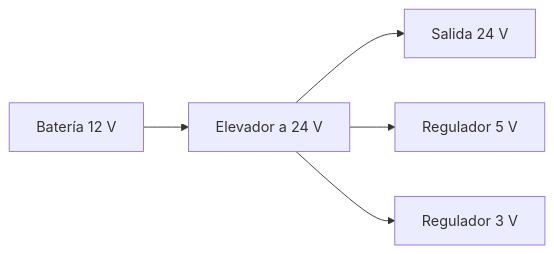
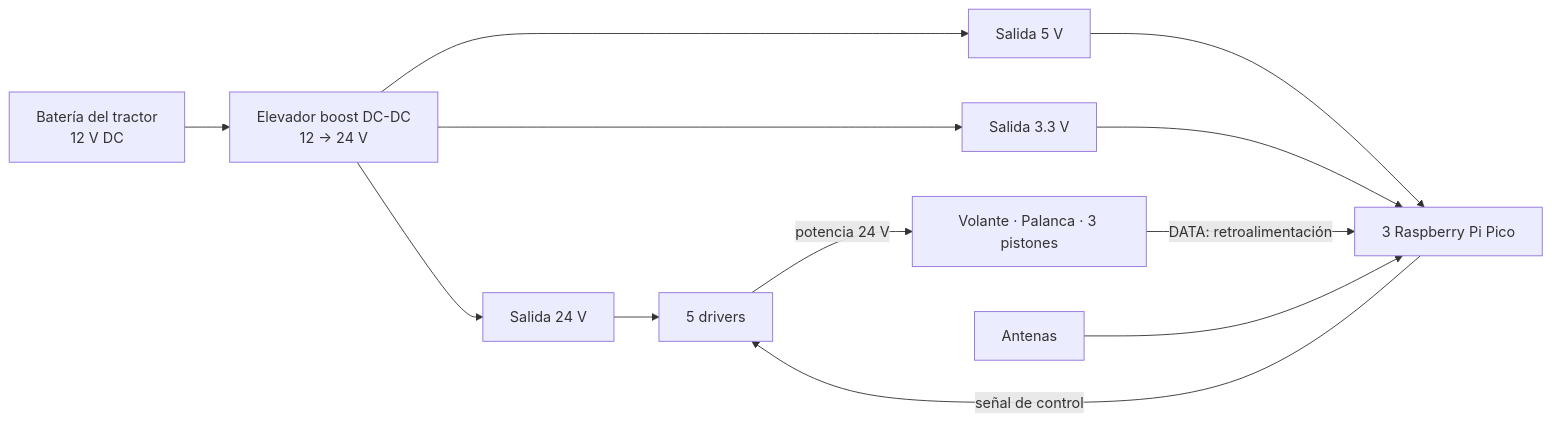
The diagram in docs/tablero.md (BrianSimpson01/Agrotecnologias-abiertas-para-mexico-), drawn with Mermaid before and after one commit. The commit also changed other lines of this file and 5 other files, not shown here.

````diff
--- a/docs/tablero.md
+++ b/docs/tablero.md
@@ -15,7 +13,13 @@
 ```mermaid
 flowchart LR
-    B[Batería 12 V] --> E[Elevador a 24 V]
-    E --> S24[Salida 24 V]
-    E --> R5[Regulador 5 V]
-    E --> R3[Regulador 3 V]
+    BAT[Batería del tractor<br/>12 V DC] --> BOOST[Elevador boost DC-DC<br/>12 → 24 V]
+    BOOST --> V24[Salida 24 V]
+    BOOST --> V5[Salida 5 V]
+    BOOST --> V33[Salida 3.3 V]
+    V5 & V33 --> PICOS[3 Raspberry Pi Pico]
+    V24 --> DRV[5 drivers]
+    PICOS -->|señal de control| DRV
+    DRV -->|potencia 24 V| MEC[Volante · Palanca · 3 pistones]
+    MEC -->|DATA: retroalimentación| PICOS
+    ANT[Antenas] --> PICOS
 ```
````
